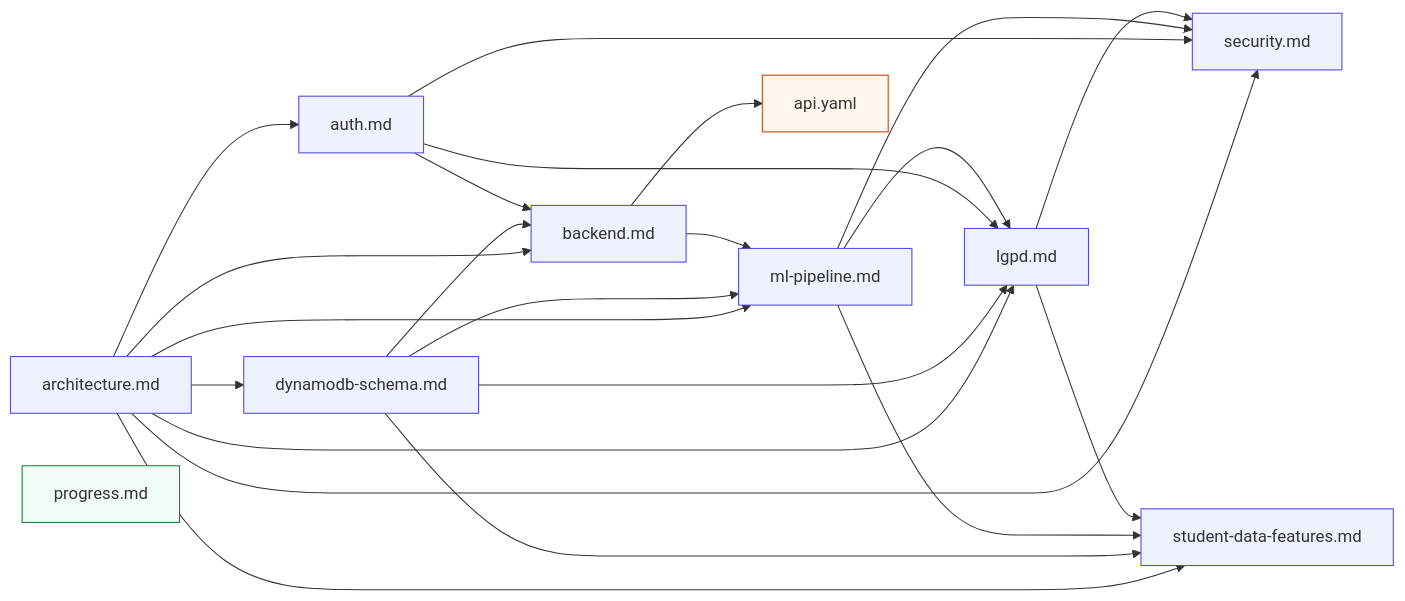
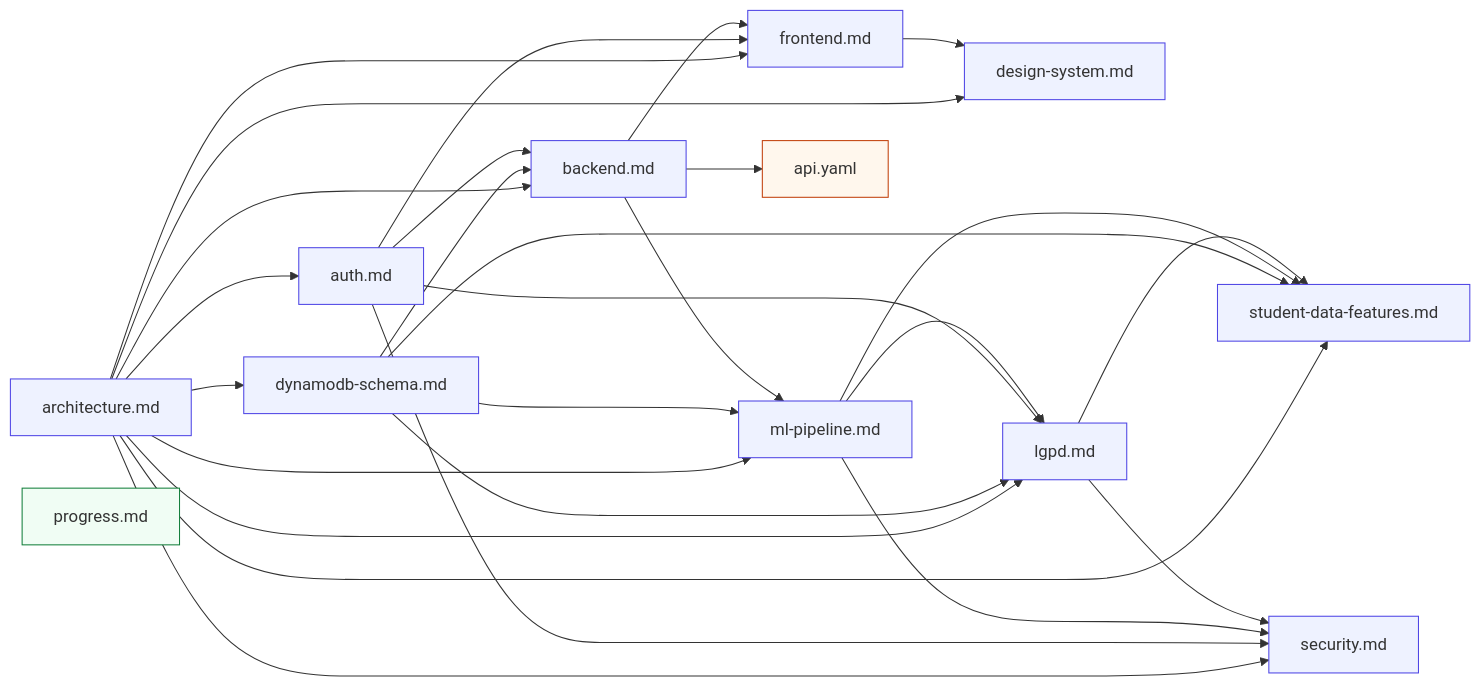
One commit to luidsonl/learning-profile-analysis-system changed the diagram in specs/README.md. Above: the diagram before and after it, drawn with Mermaid. The commit also changed other lines of this file and 6 other files, not shown here.

First line of the commit message:
docs(frontend): add Angular SPA and design system specs

````diff
--- a/specs/README.md
+++ b/specs/README.md
@@ -25,32 +27,37 @@
 ```mermaid
 graph LR
     A[architecture.md] --> S[dynamodb-schema.md]
     A --> AU[auth.md]
     A --> BE[backend.md]
     S --> BE
     AU --> BE
+    A --> F[frontend.md]
+    AU --> F
+    BE --> F
+    A --> DS[design-system.md]
+    F --> DS
     A --> ML[ml-pipeline.md]
     S --> ML
     BE --> ML
     A --> LG[lgpd.md]
     S --> LG
     AU --> LG
     ML --> LG
     A --> SE[security.md]
     AU --> SE
     ML --> SE
     LG --> SE
     A --> SD[student-data-features.md]
     S --> SD
     ML --> SD
     LG --> SD
     PROG[progress.md]
     BE --> API[api.yaml]
 
     classDef spec fill:#EEF2FF,stroke:#4F46E5,stroke-width:1px;
     classDef report fill:#F0FDF4,stroke:#15803D,stroke-width:1px;
     classDef contract fill:#FFF7ED,stroke:#C2410C,stroke-width:1px;
-    class A,S,AU,BE,ML,LG,SE,SD spec;
+    class A,S,AU,BE,F,DS,ML,LG,SE,SD spec;
     class PROG report;
     class API contract;
 ```
````
